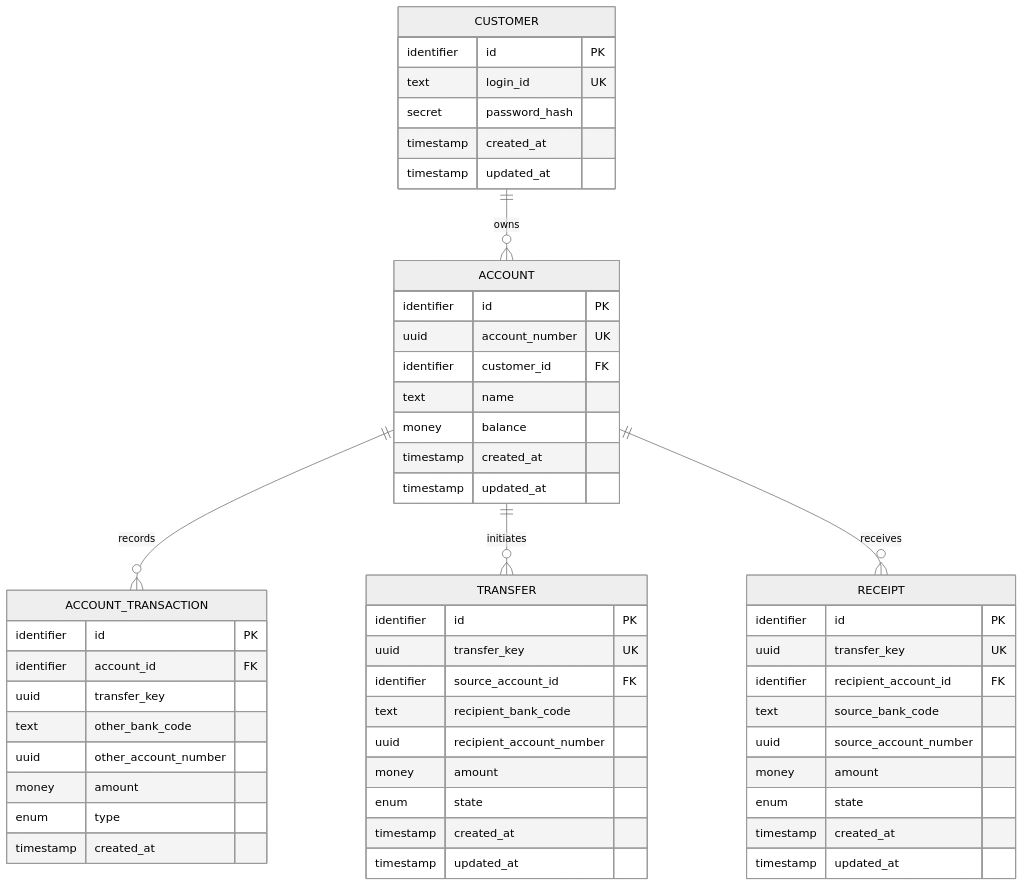
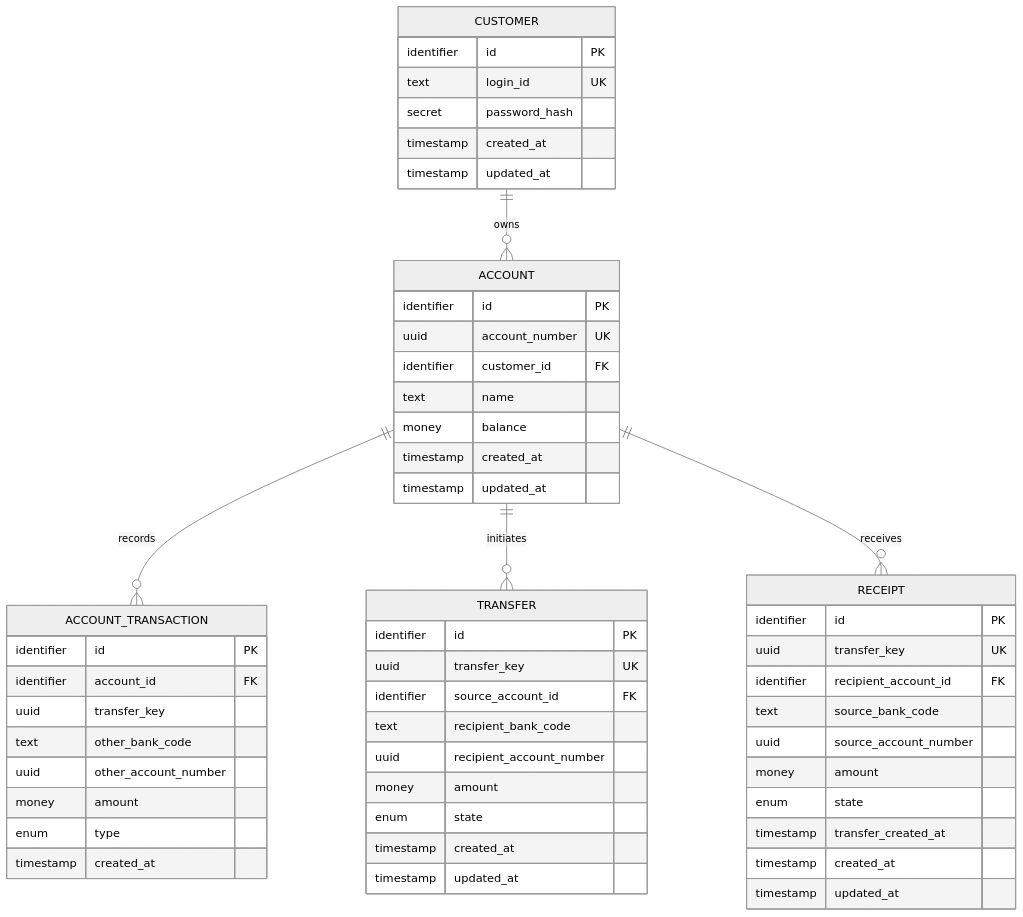
The first of 3 diagrams in docs/domain/erd.md (2jun0/financial-system-backend), drawn with Mermaid (neutral theme) before and after one commit. The commit also changed other lines of this file and 8 other files, not shown here.

````diff
--- a/docs/domain/erd.md
+++ b/docs/domain/erd.md
@@ -9,60 +9,61 @@
 ```mermaid
 erDiagram
     CUSTOMER ||--o{ ACCOUNT : owns
     ACCOUNT ||--o{ ACCOUNT_TRANSACTION : records
     ACCOUNT ||--o{ TRANSFER : initiates
     ACCOUNT ||--o{ RECEIPT : receives
 
     CUSTOMER {
         identifier id PK
         text login_id UK
         secret password_hash
         timestamp created_at
         timestamp updated_at
     }
 
     ACCOUNT {
         identifier id PK
         uuid account_number UK
         identifier customer_id FK
         text name
         money balance
         timestamp created_at
         timestamp updated_at
     }
 
     ACCOUNT_TRANSACTION {
         identifier id PK
         identifier account_id FK
         uuid transfer_key
         text other_bank_code
         uuid other_account_number
         money amount
         enum type
         timestamp created_at
     }
 
     TRANSFER {
         identifier id PK
         uuid transfer_key UK
         identifier source_account_id FK
         text recipient_bank_code
         uuid recipient_account_number
         money amount
         enum state
         timestamp created_at
         timestamp updated_at
     }
 
     RECEIPT {
         identifier id PK
         uuid transfer_key UK
         identifier recipient_account_id FK
         text source_bank_code
         uuid source_account_number
         money amount
         enum state
+        timestamp transfer_created_at
         timestamp created_at
         timestamp updated_at
     }
 ```
````
